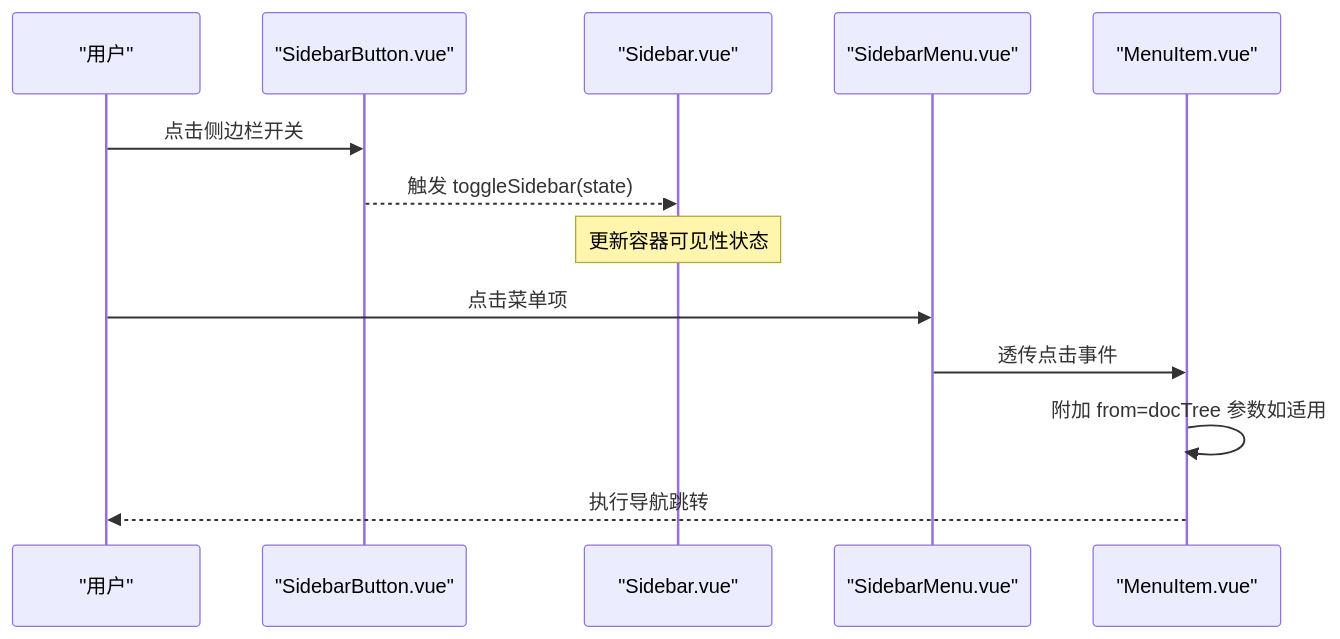
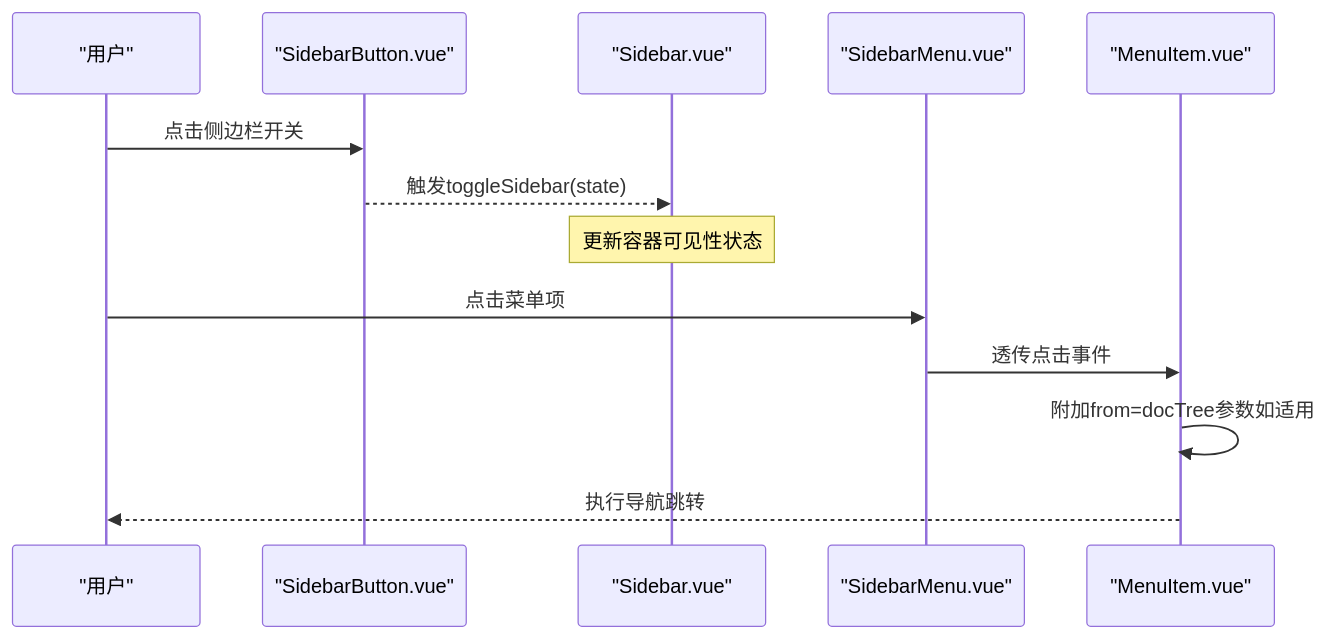
One commit to terwer/siyuan-plugin-blog changed the second of 6 diagrams in .qoder/repowiki/zh/content/核心功能/UI 组件系统/内容组件.md. Above: the diagram before and after it, drawn with Mermaid. The commit also changed other lines of this file and 3 other files, not shown here.

````diff
--- a/.qoder/repowiki/zh/content/核心功能/UI 组件系统/内容组件.md
+++ b/.qoder/repowiki/zh/content/核心功能/UI 组件系统/内容组件.md
@@ -88,15 +102,15 @@
 ```mermaid
 sequenceDiagram
 participant U as "用户"
 participant SB as "SidebarButton.vue"
 participant S as "Sidebar.vue"
 participant SM as "SidebarMenu.vue"
 participant MI as "MenuItem.vue"
 U->>SB : 点击侧边栏开关
-SB-->>S : 触发 toggleSidebar(state)
+SB-->>S : 触发toggleSidebar(state)
 Note over S : 更新容器可见性状态
 U->>SM : 点击菜单项
 SM->>MI : 透传点击事件
-MI->>MI : 附加 from=docTree 参数如适用
+MI->>MI : 附加from=docTree参数如适用
 MI-->>U : 执行导航跳转
 ```
````
